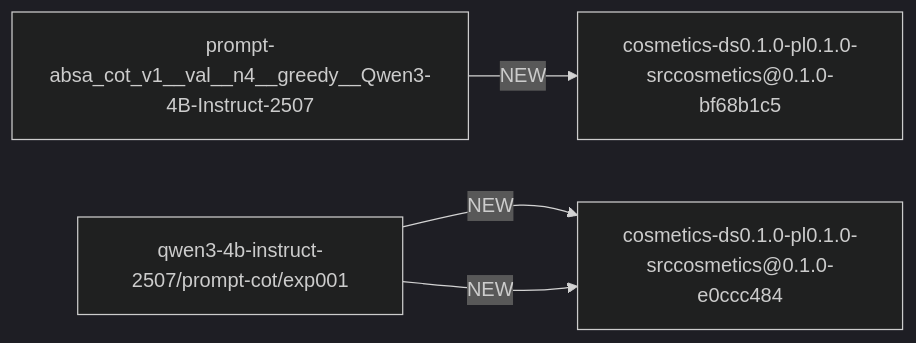
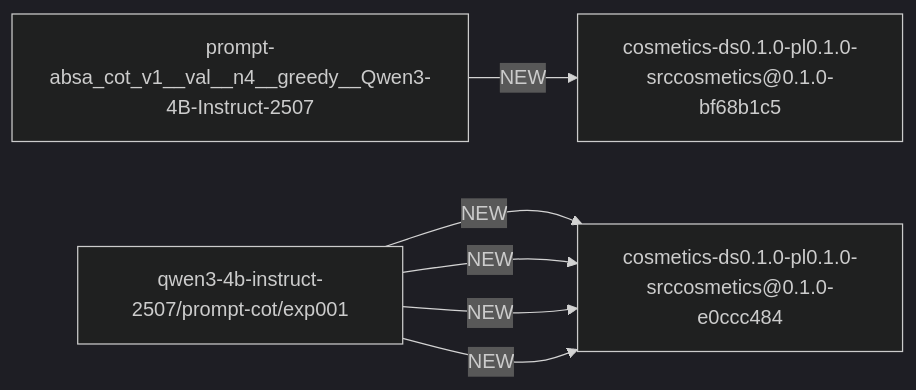
Before and after one commit to TrieuKhac-dev/SentimentX: the diagram in data/reports/experiment_registry/experiment_registry.md, drawn with Mermaid (dark theme). The commit also changed 21 other files, not shown here.

````diff
--- a/data/reports/experiment_registry/experiment_registry.md
+++ b/data/reports/experiment_registry/experiment_registry.md
@@ -3,10 +3,12 @@
 ```mermaid
 graph LR
   n1["prompt-absa_cot_v1__val__n4__greedy__Qwen3-4B-Instruct-2507"]
   n2["cosmetics-ds0.1.0-pl0.1.0-srccosmetics@0.1.0-bf68b1c5"]
   n3["qwen3-4b-instruct-2507/prompt-cot/exp001"]
   n4["cosmetics-ds0.1.0-pl0.1.0-srccosmetics@0.1.0-e0ccc484"]
   n1 -->|NEW| n2
   n3 -->|NEW| n4
   n3 -->|NEW| n4
+  n3 -->|NEW| n4
+  n3 -->|NEW| n4
 ```
````
